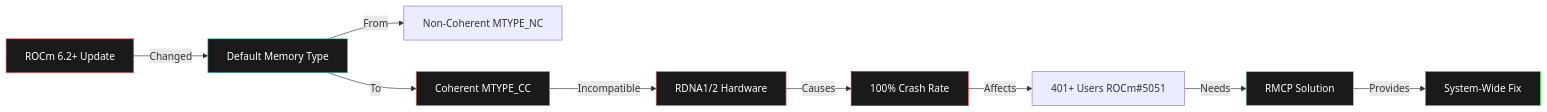
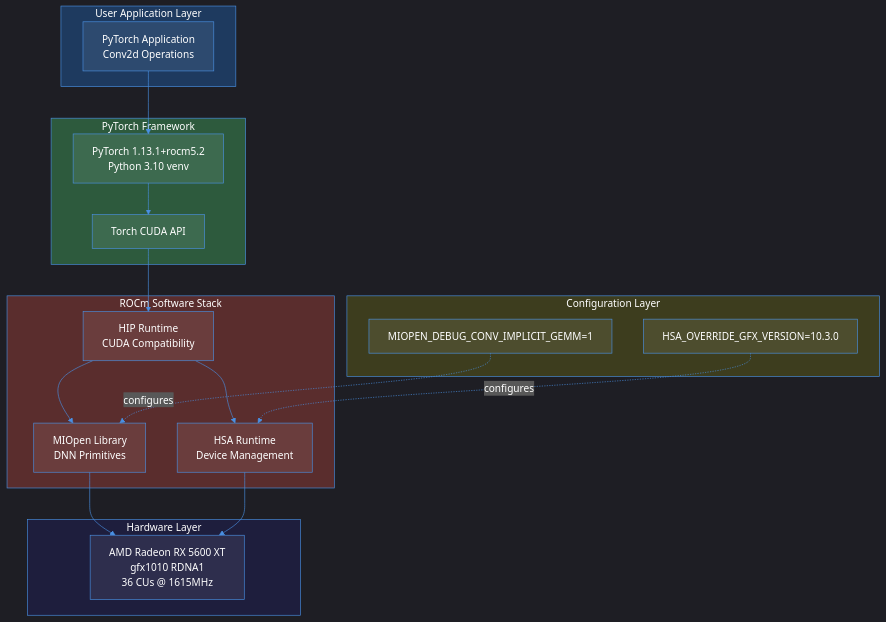
One commit to hkevin01/rocm-patch changed the first of 2 diagrams in README.md. Above: the diagram before and after it, drawn with Mermaid. The commit also changed other lines of this file and 188 other files, not shown here.

First line of the commit message:
Implement LLVM Conflict Resolution and RMCP for RDNA1/2

````diff
--- a/README.md
+++ b/README.md
@@ -45,19 +51,52 @@
 ```mermaid
-graph LR
-    A[ROCm 6.2+ Update] -->|Changed| B[Default Memory Type]
-    B -->|From| C[Non-Coherent MTYPE_NC]
-    B -->|To| D[Coherent MTYPE_CC]
-    D -->|Incompatible| E[RDNA1/2 Hardware]
-    E -->|Causes| F[100% Crash Rate]
-    F -->|Affects| G[401+ Users ROCm#5051]
-    G -->|Needs| H[RMCP Solution]
-    H -->|Provides| I[System-Wide Fix]
-
-    style A fill:#1a1a1a,stroke:#ff6b6b,color:#ffffff
-    style B fill:#1a1a1a,stroke:#4ecdc4,color:#ffffff
-    style D fill:#1a1a1a,stroke:#ff6b6b,color:#ffffff
-    style E fill:#1a1a1a,stroke:#ff6b6b,color:#ffffff
-    style F fill:#1a1a1a,stroke:#ff0000,color:#ffffff
-    style H fill:#1a1a1a,stroke:#95e1d3,color:#ffffff
-    style I fill:#1a1a1a,stroke:#00ff00,color:#ffffff
+%%{init: {'theme':'dark', 'themeVariables': { 'primaryColor':'#1e3a5f','primaryTextColor':'#fff','primaryBorderColor':'#4a90e2','lineColor':'#4a90e2','secondaryColor':'#2d5a3d','tertiaryColor':'#5a2d2d','background':'#1a1a1a','mainBkg':'#2d2d2d','secondBkg':'#3d3d3d','tertiaryBkg':'#4d4d4d','textColor':'#ffffff','fontSize':'16px'}}}%%
+graph TB
+    subgraph User["User Application Layer"]
+        APP[PyTorch Application<br/>Conv2d Operations]
+    end
+    
+    subgraph PyTorch["PyTorch Framework"]
+        PT[PyTorch 1.13.1+rocm5.2<br/>Python 3.10 venv]
+        TORCH_API[Torch CUDA API]
+    end
+    
+    subgraph ROCm["ROCm Software Stack"]
+        HIP[HIP Runtime<br/>CUDA Compatibility]
+        MIOPEN[MIOpen Library<br/>DNN Primitives]
+        HSA[HSA Runtime<br/>Device Management]
+    end
+    
+    subgraph Config["Configuration Layer"]
+        ENV1[MIOPEN_DEBUG_CONV_IMPLICIT_GEMM=1]
+        ENV2[HSA_OVERRIDE_GFX_VERSION=10.3.0]
+    end
+    
+    subgraph Hardware["Hardware Layer"]
+        GPU[AMD Radeon RX 5600 XT<br/>gfx1010 RDNA1<br/>36 CUs @ 1615MHz]
+    end
+    
+    APP --> PT
+    PT --> TORCH_API
+    TORCH_API --> HIP
+    HIP --> MIOPEN
+    HIP --> HSA
+    ENV1 -.configures.-> MIOPEN
+    ENV2 -.configures.-> HSA
+    MIOPEN --> GPU
+    HSA --> GPU
+    
+    style User fill:#1e3a5f,stroke:#4a90e2,color:#fff
+    style PyTorch fill:#2d5a3d,stroke:#4a90e2,color:#fff
+    style ROCm fill:#5a2d2d,stroke:#4a90e2,color:#fff
+    style Config fill:#3d3d1e,stroke:#4a90e2,color:#fff
+    style Hardware fill:#1e1e3d,stroke:#4a90e2,color:#fff
+    style APP fill:#2d4a6f,stroke:#4a90e2,color:#fff
+    style PT fill:#3d6a4f,stroke:#4a90e2,color:#fff
+    style TORCH_API fill:#3d6a4f,stroke:#4a90e2,color:#fff
+    style HIP fill:#6a3d3d,stroke:#4a90e2,color:#fff
+    style MIOPEN fill:#6a3d3d,stroke:#4a90e2,color:#fff
+    style HSA fill:#6a3d3d,stroke:#4a90e2,color:#fff
+    style ENV1 fill:#4d4d2e,stroke:#4a90e2,color:#fff
+    style ENV2 fill:#4d4d2e,stroke:#4a90e2,color:#fff
+    style GPU fill:#2e2e4d,stroke:#4a90e2,color:#fff
 ```
````
